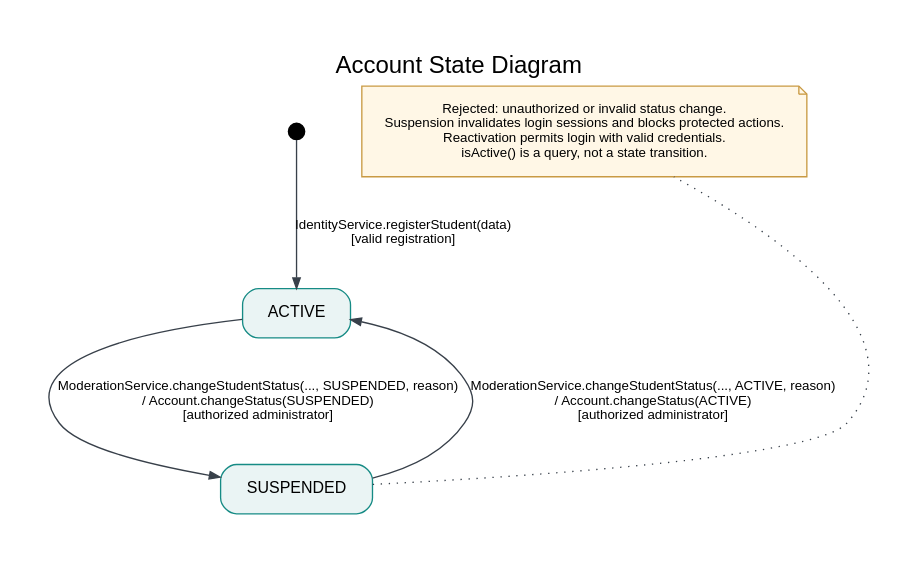
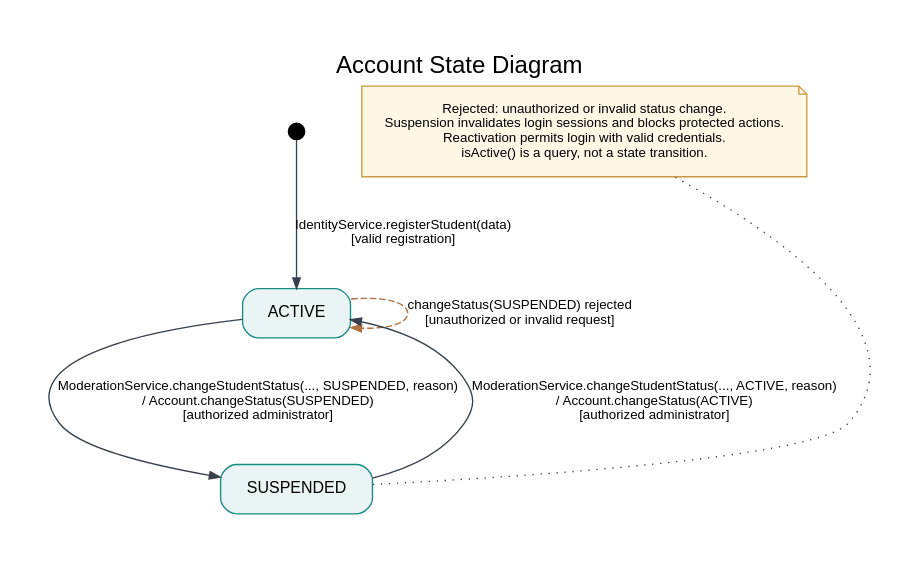
The diagram in docs/state-diagrams/sources/01_account.dot (ErayGulerler/StudyMatch), drawn with Graphviz before and after one commit. The commit also changed 12 other files, not shown here.

Commit message:
Refine state diagrams for checkpoint 2

```diff
--- a/docs/state-diagrams/sources/01_account.dot
+++ b/docs/state-diagrams/sources/01_account.dot
@@ -1,12 +1,13 @@
 digraph G { 
 graph [rankdir=TB,bgcolor="white",pad="0.4",nodesep="0.6",ranksep="0.85",fontname="Arial",fontsize=18,label="Account State Diagram",labelloc=t];
 node [shape=box,style="rounded,filled",fillcolor="#EAF4F4",color="#168B85",fontname="Arial",fontsize=12,margin="0.25,0.16"];
 edge [fontname="Arial",fontsize=10,color="#38404A",arrowsize=0.8];
 start [shape=point,width=0.17,color=black,fillcolor=black,label=""];
 active [label="ACTIVE"]; suspended [label="SUSPENDED"];
 start -> active [label="IdentityService.registerStudent(data)\n[valid registration]"];
 active -> suspended [label="ModerationService.changeStudentStatus(..., SUSPENDED, reason)\n/ Account.changeStatus(SUSPENDED)\n[authorized administrator]"];
 suspended -> active [label="ModerationService.changeStudentStatus(..., ACTIVE, reason)\n/ Account.changeStatus(ACTIVE)\n[authorized administrator]"];
+active -> active [label="changeStatus(SUSPENDED) rejected\n[unauthorized or invalid request]",style=dashed,color="#B07040"];
 note [shape=note,style=filled,fillcolor="#FFF7E6",color="#C99A43",label="Rejected: unauthorized or invalid status change.\nSuspension invalidates login sessions and blocks protected actions.\nReactivation permits login with valid credentials.\nisActive() is a query, not a state transition.",fontsize=10];
 suspended -> note [style=dotted,arrowhead=none,constraint=false];
 }
```
